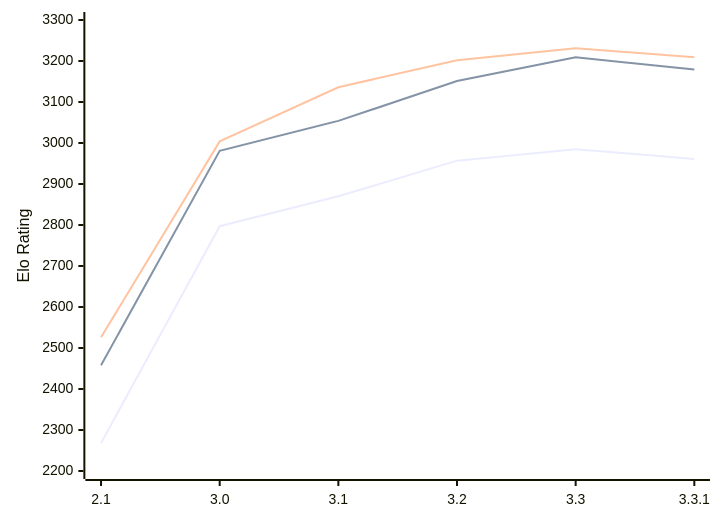
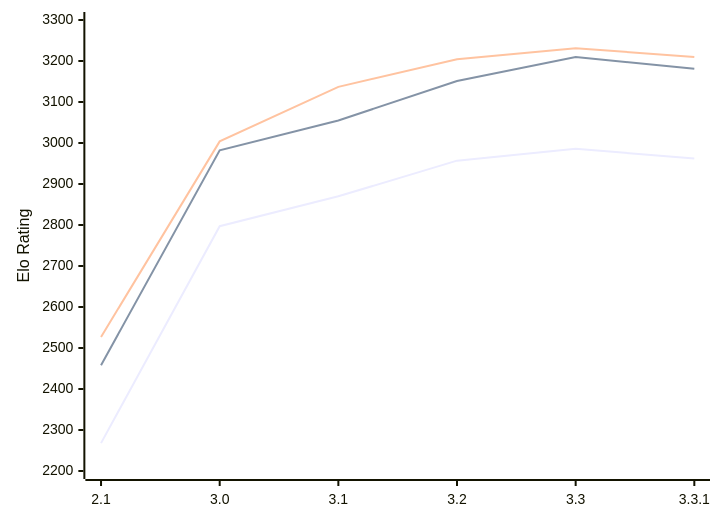
One commit to computer-chess-index/cci changed the diagram in engines/Petrel.md. Above: the diagram before and after it, drawn with Mermaid. The commit also changed other lines of this file, not shown here.

Commit message:
Update CCI Ratings (ELO VLTC) - 2026-02-13

````diff
--- a/engines/Petrel.md
+++ b/engines/Petrel.md
@@ -40,9 +40,9 @@
 ```mermaid
 %%{init: {"theme":"base","themeVariables":{"seriesColors:['#a3a3a3','#222221','#faa371']}}}%%
 xychart-beta
   x-axis ["2.1", "3.0", "3.1", "3.2", "3.3", "3.3.1"]
   y-axis "Elo Rating" 2200 --> 3300
-  line "STC (8.0+0.08s)" [2268, 2797, 2870, 2957, 2985, 2961]
-  line "LTC (60.0+0.60s)" [2458, 2981, 3054, 3151, 3209, 3179]
-  line "VLTC (2m24s+1.12s)" [2526, 3004, 3136, 3202, 3231, 3209]
+  line "STC (8.0+0.08s)" [2268, 2797, 2870, 2957, 2986, 2962]
+  line "LTC (60.0+0.60s)" [2458, 2982, 3055, 3151, 3210, 3181]
+  line "VLTC (2m24s+1.12s)" [2527, 3004, 3137, 3204, 3231, 3210]
 ```
````
